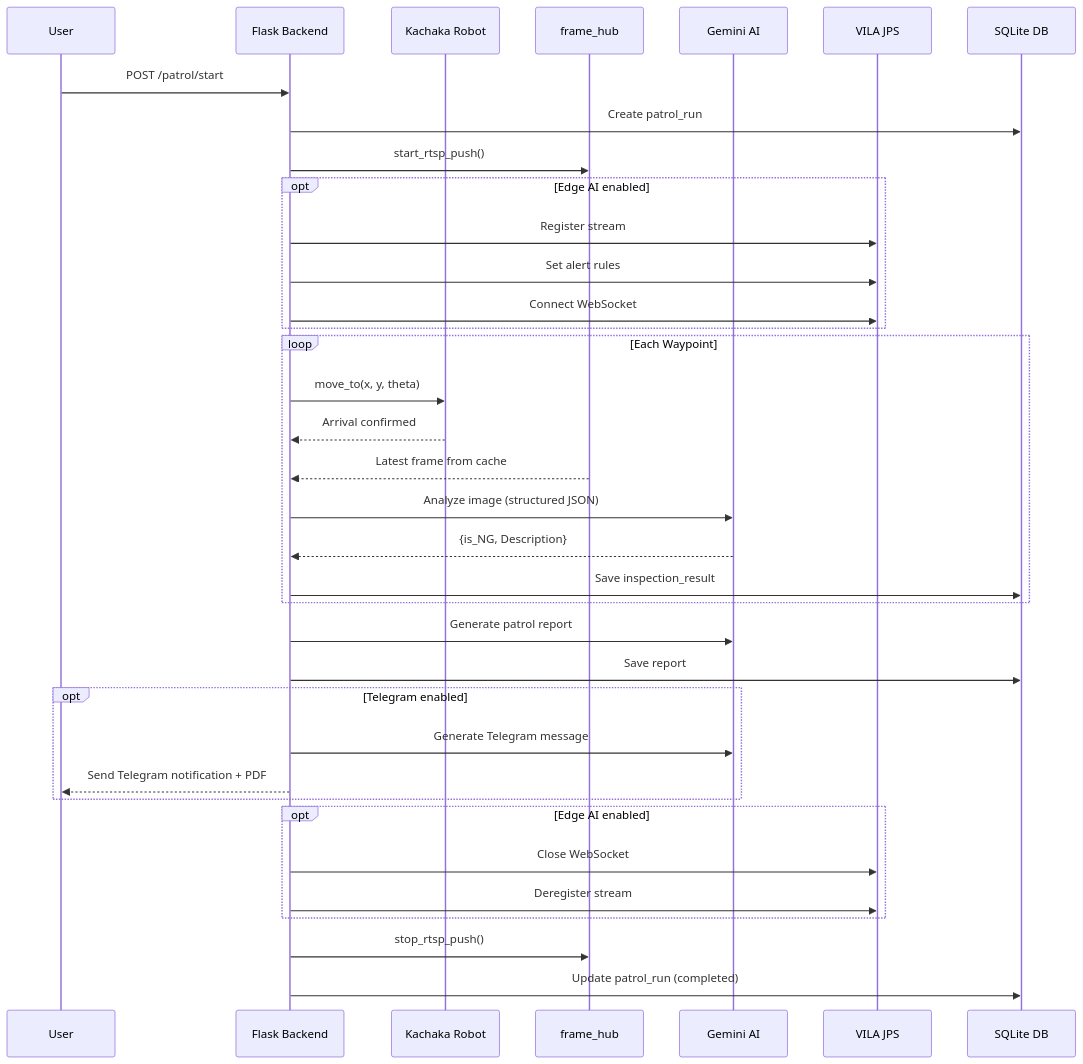
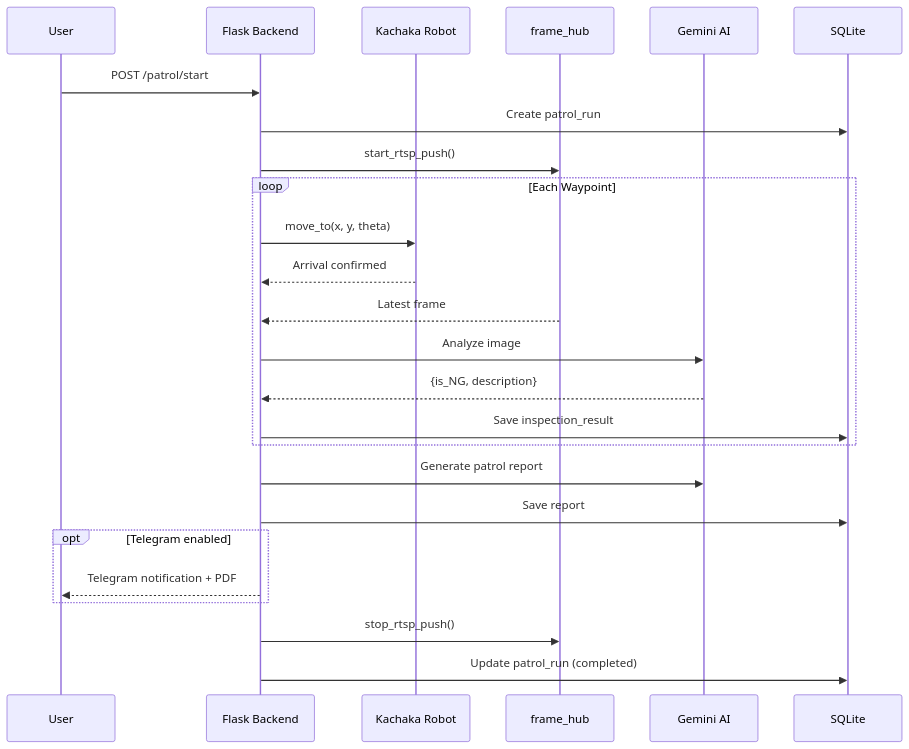
One commit to sigmarobotics/visual-patrol changed the second of 4 diagrams in README.md. Above: the diagram before and after it, drawn with Mermaid. The commit also changed other lines of this file and 2 other files, not shown here.

First line of the commit message:
docs: rewrite README and architecture docs with Mermaid diagrams

````diff
--- a/README.md
+++ b/README.md
@@ -82,45 +75,32 @@
 ```mermaid
 sequenceDiagram
     participant User
     participant Flask as Flask Backend
     participant Robot as Kachaka Robot
-    participant FrameHub as frame_hub
+    participant FH as frame_hub
     participant AI as Gemini AI
-    participant EdgeAI as VILA JPS
-    participant DB as SQLite DB
+    participant DB as SQLite
 
     User->>Flask: POST /patrol/start
     Flask->>DB: Create patrol_run
-    Flask->>FrameHub: start_rtsp_push()
-
-    opt Edge AI enabled
-        Flask->>EdgeAI: Register stream
-        Flask->>EdgeAI: Set alert rules
-        Flask->>EdgeAI: Connect WebSocket
-    end
+    Flask->>FH: start_rtsp_push()
 
     loop Each Waypoint
         Flask->>Robot: move_to(x, y, theta)
         Robot-->>Flask: Arrival confirmed
-        FrameHub-->>Flask: Latest frame from cache
-        Flask->>AI: Analyze image (structured JSON)
-        AI-->>Flask: {is_NG, Description}
+        FH-->>Flask: Latest frame
+        Flask->>AI: Analyze image
+        AI-->>Flask: {is_NG, description}
         Flask->>DB: Save inspection_result
     end
 
     Flask->>AI: Generate patrol report
     Flask->>DB: Save report
 
     opt Telegram enabled
-        Flask->>AI: Generate Telegram message
-        Flask-->>User: Send Telegram notification + PDF
+        Flask-->>User: Telegram notification + PDF
     end
 
-    opt Edge AI enabled
-        Flask->>EdgeAI: Close WebSocket
-        Flask->>EdgeAI: Deregister stream
-    end
-
-    Flask->>FrameHub: stop_rtsp_push()
+    Flask->>FH: stop_rtsp_push()
     Flask->>DB: Update patrol_run (completed)
 ```
````
